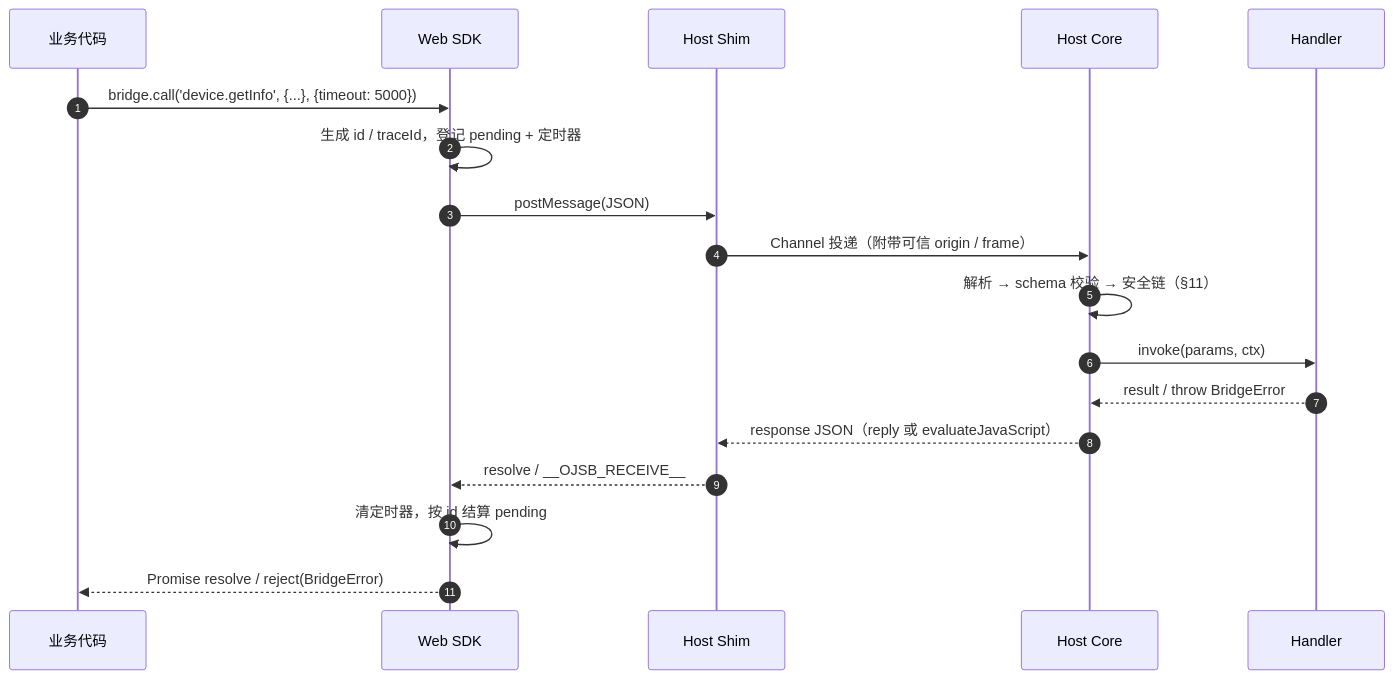
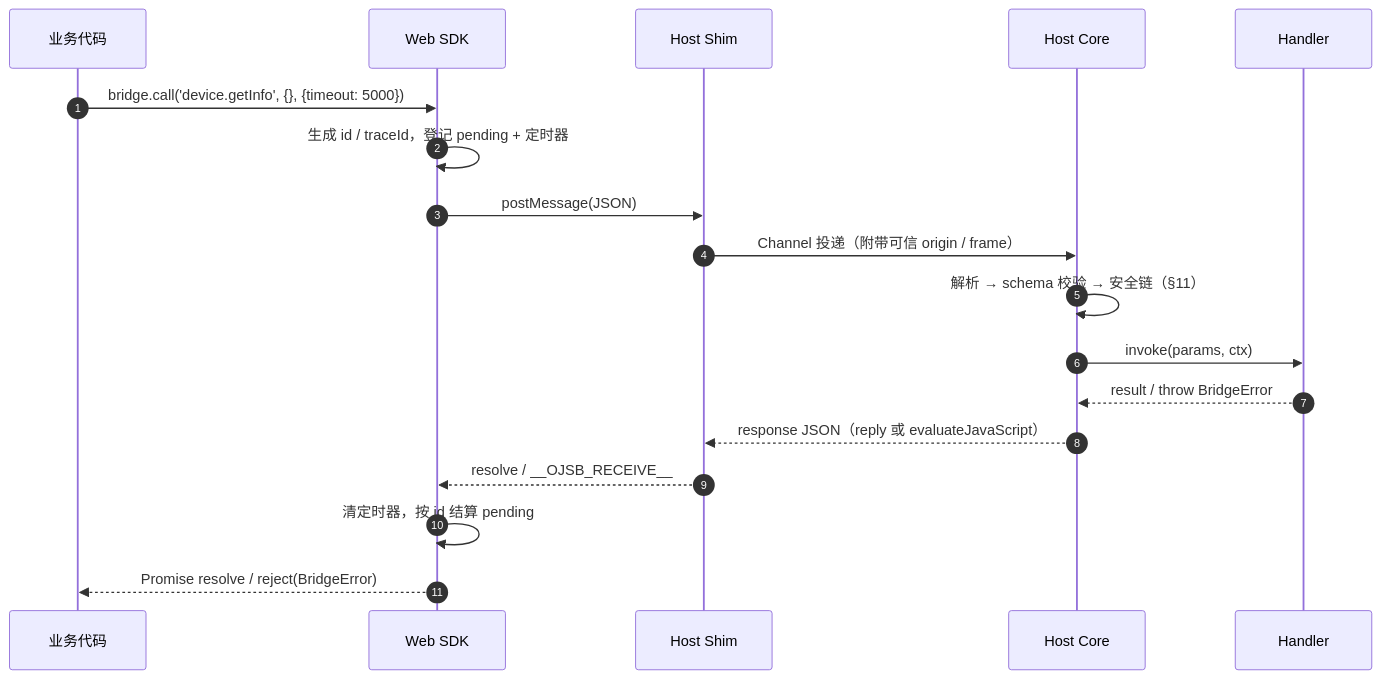
One commit to Josp3r/open-jsbridge changed the second of 6 diagrams in docs/protocol.md. Above: the diagram before and after it, drawn with Mermaid. The commit also changed other lines of this file and 55 other files, not shown here.

````diff
--- a/docs/protocol.md
+++ b/docs/protocol.md
@@ -215,20 +215,20 @@
 ```mermaid
 sequenceDiagram
   autonumber
   participant B as 业务代码
   participant S as Web SDK
   participant T as Host Shim
   participant C as Host Core
   participant H as Handler
-  B->>S: bridge.call('device.getInfo', {...}, {timeout: 5000})
+  B->>S: bridge.call('device.getInfo', {}, {timeout: 5000})
   S->>S: 生成 id / traceId，登记 pending + 定时器
   S->>T: postMessage(JSON)
   T->>C: Channel 投递（附带可信 origin / frame）
   C->>C: 解析 → schema 校验 → 安全链（§11）
   C->>H: invoke(params, ctx)
   H-->>C: result / throw BridgeError
   C-->>T: response JSON（reply 或 evaluateJavaScript）
   T-->>S: resolve / __OJSB_RECEIVE__
   S->>S: 清定时器，按 id 结算 pending
   S-->>B: Promise resolve / reject(BridgeError)
 ```
````
